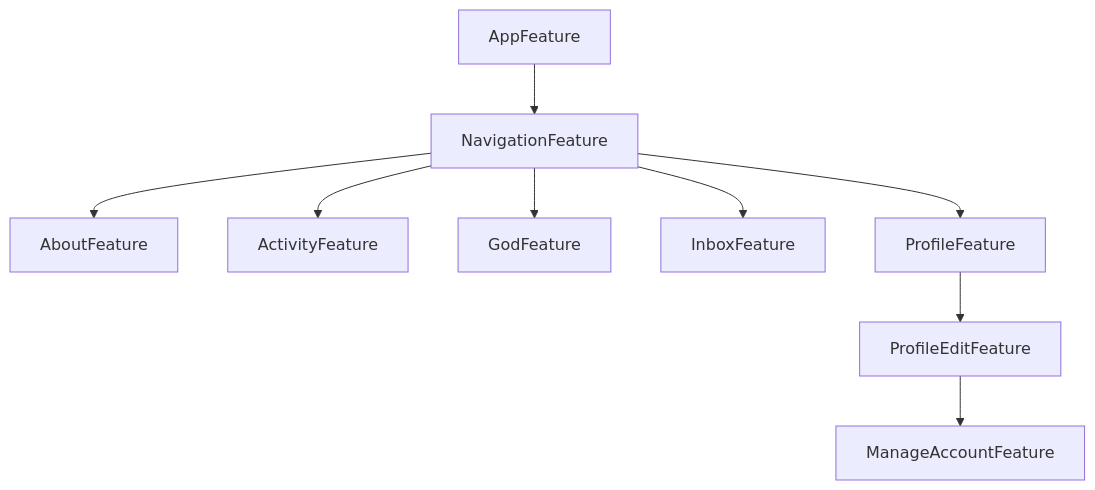
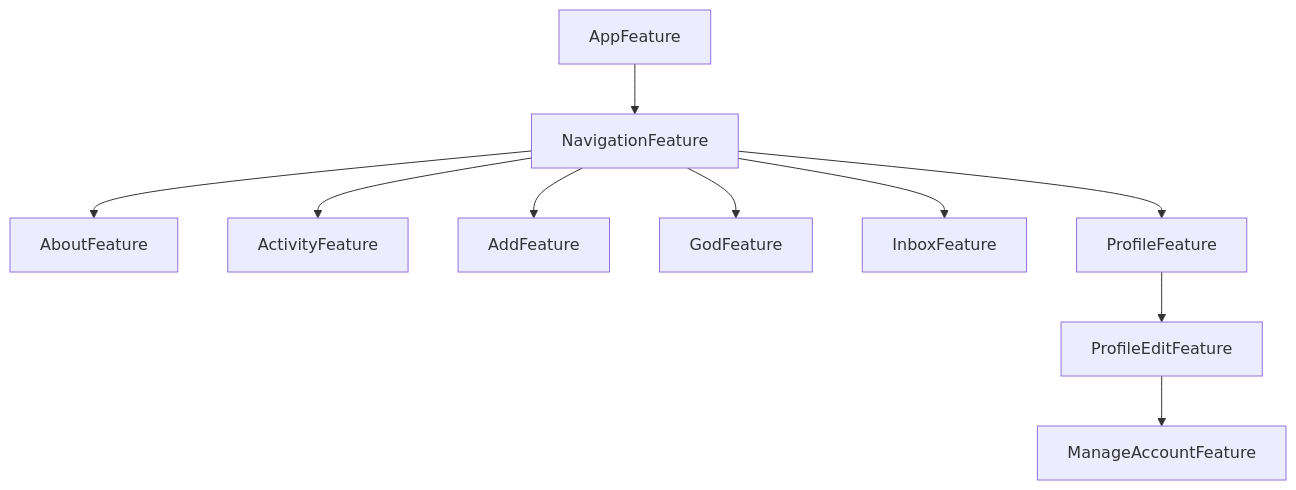
One commit to 0x1-company/god-ios changed the diagram in Packages/GodPackage/README.md. Above: the diagram before and after it, drawn with Mermaid.

Commit message:
Run dgraph

````diff
--- a/Packages/GodPackage/README.md
+++ b/Packages/GodPackage/README.md
@@ -6,11 +6,12 @@
 ```mermaid
 graph TD;
     AppFeature-->NavigationFeature;
     NavigationFeature-->AboutFeature;
     NavigationFeature-->ActivityFeature;
+    NavigationFeature-->AddFeature;
     NavigationFeature-->GodFeature;
     NavigationFeature-->InboxFeature;
     NavigationFeature-->ProfileFeature;
     ProfileEditFeature-->ManageAccountFeature;
     ProfileFeature-->ProfileEditFeature;
 ```
````
